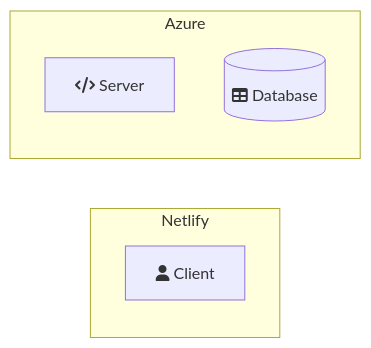
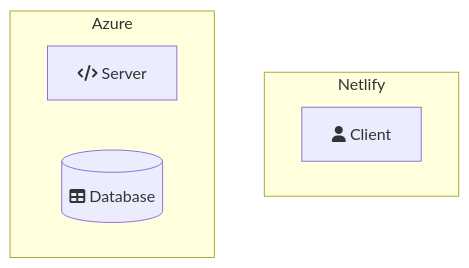
The fourth of 4 diagrams in README.md (DippoldEJ/Satellite-Datasets), drawn with Mermaid before and after one commit.

````diff
--- a/README.md
+++ b/README.md
@@ -40,16 +40,16 @@
 ```mermaid
-flowchart LR
+graph TD;
     subgraph Azure
         s[fa:fa-code Server]
         db[(fa:fa-table Database)]
     end
     subgraph Netlify
         c[fa:fa-user Client]
     end
 
     subgraph Netlify
     end
     subgraph Azure
         direction LR
     end
 ```
````
